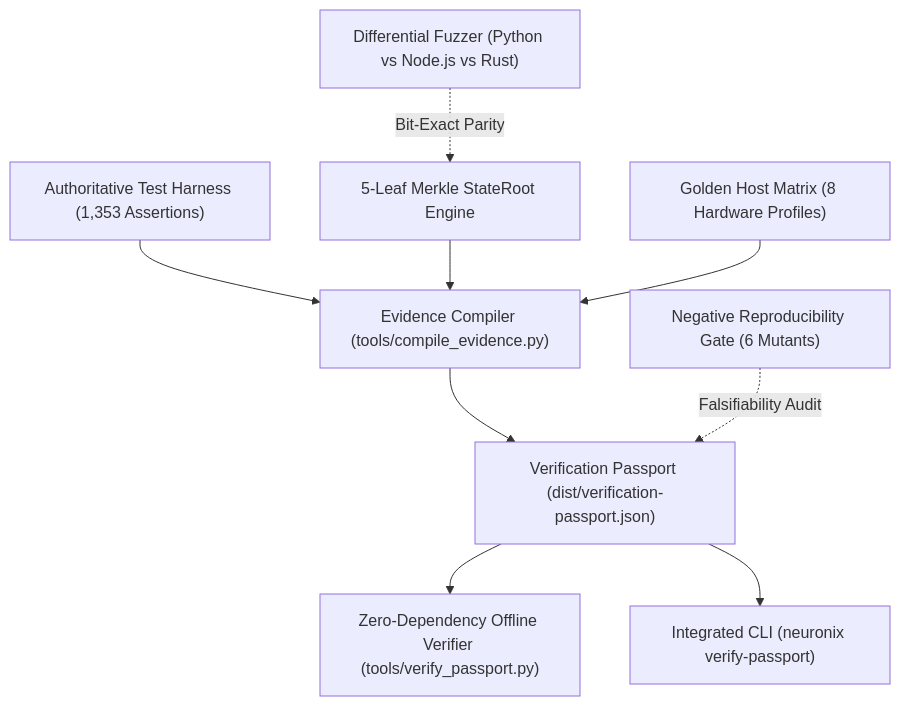
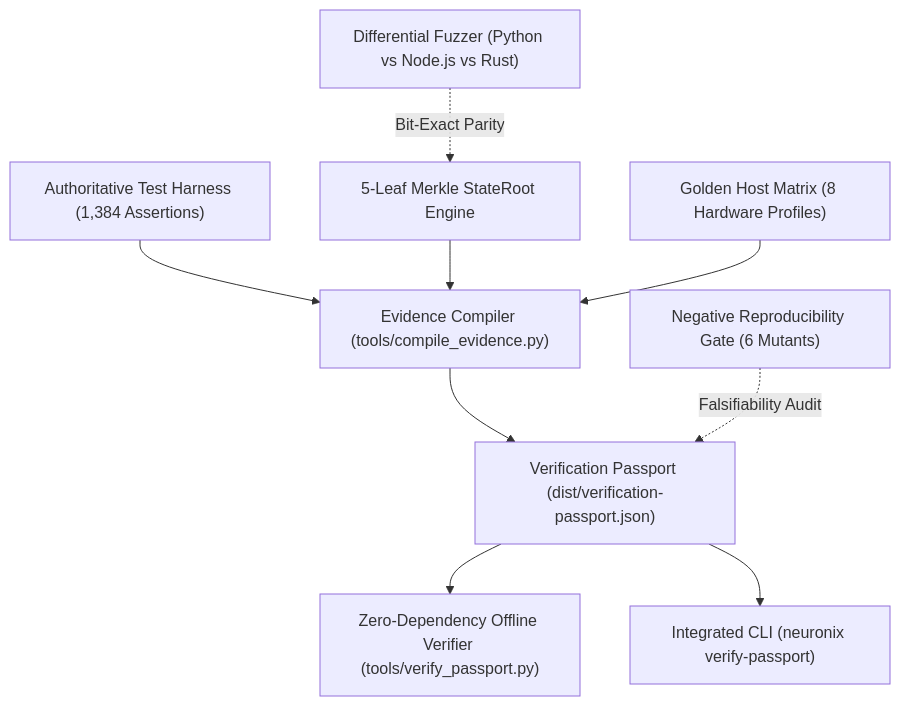
Before and after one commit to adamriofc/NeuronixOS: the sixth of 7 diagrams in README.md, drawn with Mermaid. The commit also changed other lines of this file and 12 other files, not shown here.

````diff
--- a/README.md
+++ b/README.md
@@ -1047,11 +1047,11 @@
 ```mermaid
 flowchart TD
-    A["Authoritative Test Harness (1,353 Assertions)"] --> B["Evidence Compiler (tools/compile_evidence.py)"]
+    A["Authoritative Test Harness (1,384 Assertions)"] --> B["Evidence Compiler (tools/compile_evidence.py)"]
     C["5-Leaf Merkle StateRoot Engine"] --> B
     D["Golden Host Matrix (8 Hardware Profiles)"] --> B
     B --> E["Verification Passport (dist/verification-passport.json)"]
     E --> F["Zero-Dependency Offline Verifier (tools/verify_passport.py)"]
     E --> G["Integrated CLI (neuronix verify-passport)"]
     H["Negative Reproducibility Gate (6 Mutants)"] -.->|Falsifiability Audit| E
     I["Differential Fuzzer (Python vs Node.js vs Rust)"] -.->|Bit-Exact Parity| C
 ```
````
